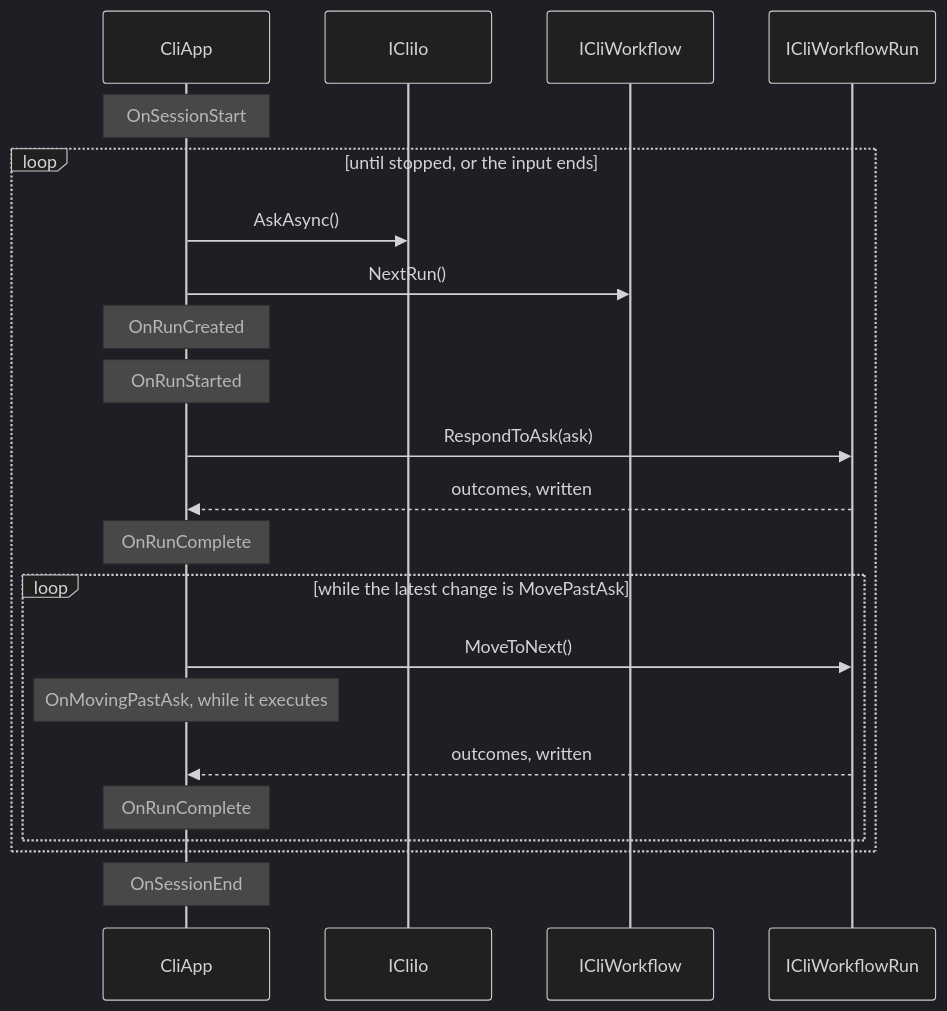
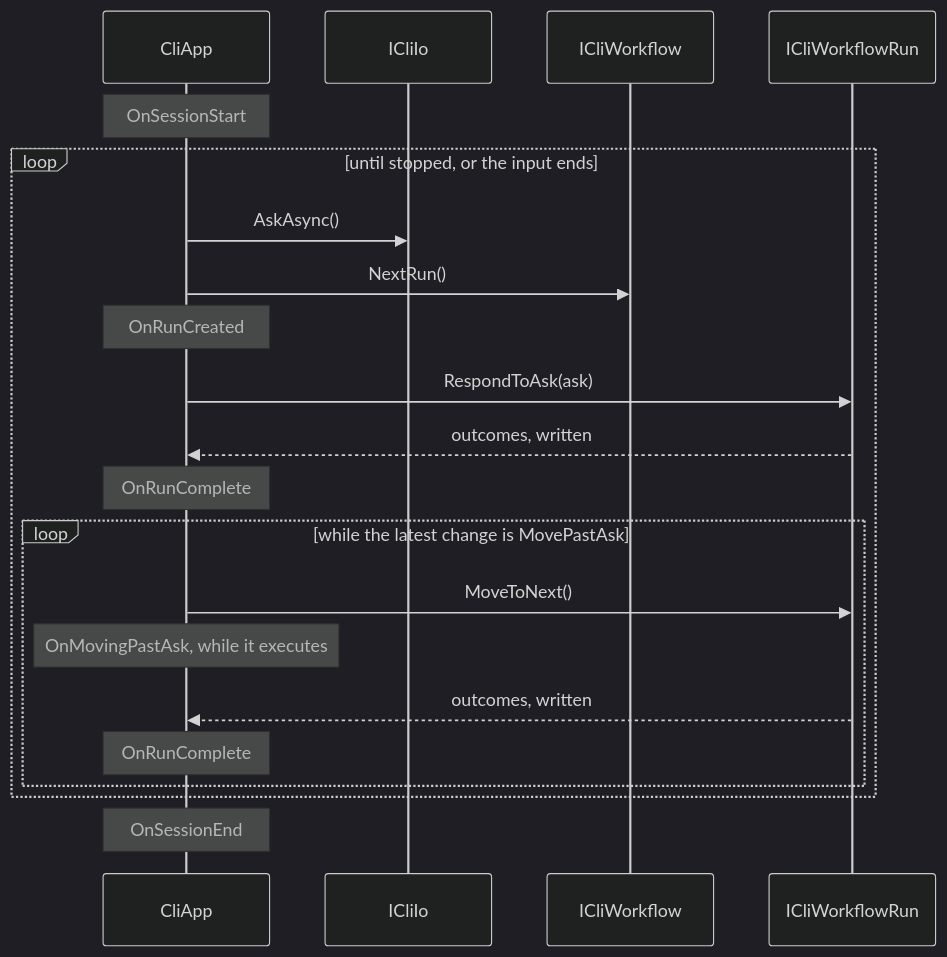
One commit to KitCli/KitCli changed the diagram in docs/concepts/cli-app-host.md. Above: the diagram before and after it, drawn with Mermaid (dark theme). The commit also changed other lines of this file and 12 other files, not shown here.

Commit message:
docs: restyle the concept docs around diagrams, code and tables

````diff
--- a/docs/concepts/cli-app-host.md
+++ b/docs/concepts/cli-app-host.md
@@ -30,24 +39,23 @@
 ```mermaid
 sequenceDiagram
     participant App as CliApp
     participant Io as ICliIo
     participant Workflow as ICliWorkflow
     participant Run as ICliWorkflowRun
     note over App: OnSessionStart
     loop until stopped, or the input ends
         App->>Io: AskAsync()
         App->>Workflow: NextRun()
         note over App: OnRunCreated
-        note over App: OnRunStarted
         App->>Run: RespondToAsk(ask)
         Run-->>App: outcomes, written
         note over App: OnRunComplete
         loop while the latest change is MovePastAsk
             App->>Run: MoveToNext()
             note over App: OnMovingPastAsk, while it executes
             Run-->>App: outcomes, written
             note over App: OnRunComplete
         end
     end
     note over App: OnSessionEnd
 ```
````
